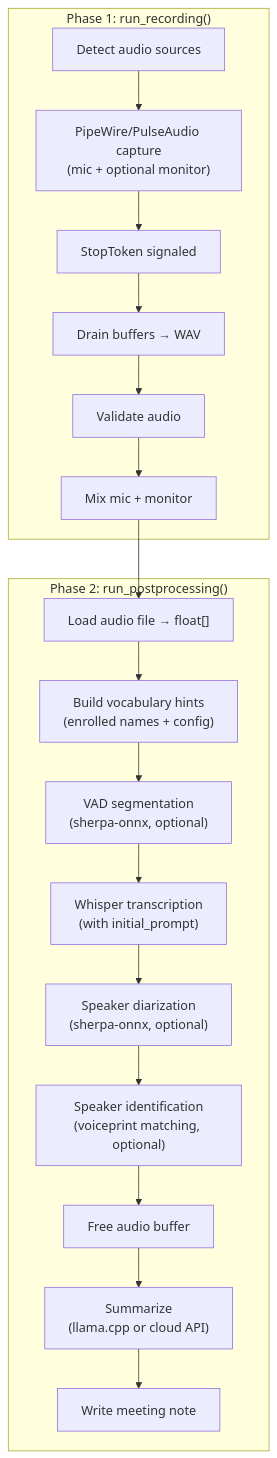
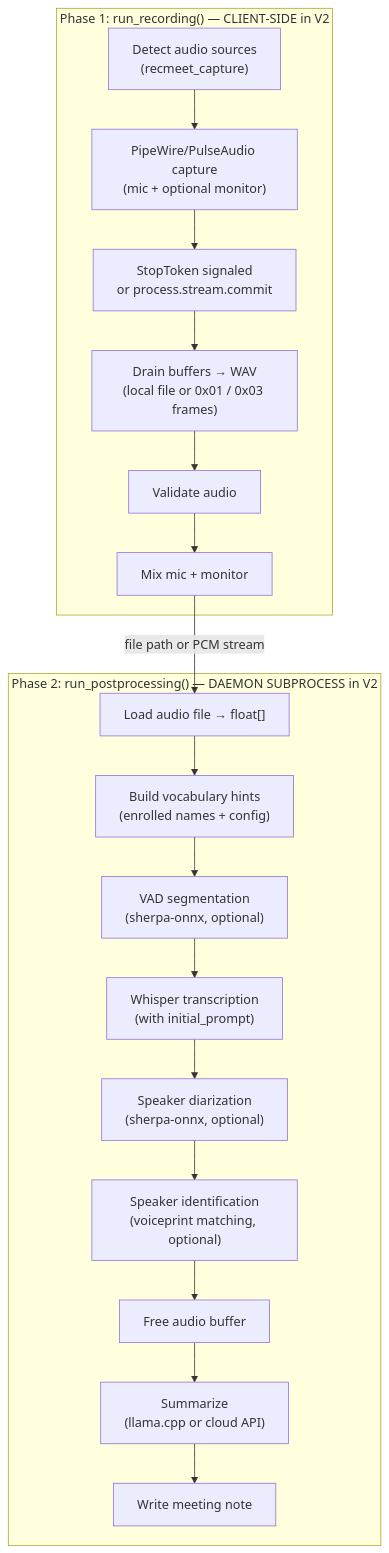
The second of 18 diagrams in docs/ARCHITECTURE.md (suykerbuyk/recmeet), drawn with Mermaid before and after one commit. The commit also changed other lines of this file and 19 other files, not shown here.

````diff
--- a/docs/ARCHITECTURE.md
+++ b/docs/ARCHITECTURE.md
@@ -224,27 +375,28 @@
 ```mermaid
 flowchart TD
-    subgraph "Phase 1: run_recording()"
-        DETECT["Detect audio sources"]
+    subgraph "Phase 1: run_recording() — CLIENT-SIDE in V2"
+        DETECT["Detect audio sources<br/>(recmeet_capture)"]
         CAPTURE["PipeWire/PulseAudio capture<br/>(mic + optional monitor)"]
-        STOP["StopToken signaled"]
-        DRAIN["Drain buffers → WAV"]
+        STOP["StopToken signaled<br/>or process.stream.commit"]
+        DRAIN["Drain buffers → WAV<br/>(local file or 0x01 / 0x03 frames)"]
         VALIDATE["Validate audio"]
         MIX["Mix mic + monitor"]
     end
 
-    subgraph "Phase 2: run_postprocessing()"
+    subgraph "Phase 2: run_postprocessing() — DAEMON SUBPROCESS in V2"
         LOAD_AUDIO["Load audio file → float[]"]
         VOCAB["Build vocabulary hints<br/>(enrolled names + config)"]
         VAD["VAD segmentation<br/>(sherpa-onnx, optional)"]
         TRANSCRIBE["Whisper transcription<br/>(with initial_prompt)"]
         DIARIZE["Speaker diarization<br/>(sherpa-onnx, optional)"]
         IDENTIFY["Speaker identification<br/>(voiceprint matching, optional)"]
         FREE_AUDIO["Free audio buffer"]
         SUMMARIZE["Summarize<br/>(llama.cpp or cloud API)"]
         NOTE["Write meeting note"]
     end
 
     DETECT --> CAPTURE --> STOP --> DRAIN --> VALIDATE --> MIX
-    MIX --> LOAD_AUDIO --> VOCAB --> VAD --> TRANSCRIBE --> DIARIZE
+    MIX -->|"file path or PCM stream"| LOAD_AUDIO
+    LOAD_AUDIO --> VOCAB --> VAD --> TRANSCRIBE --> DIARIZE
     DIARIZE --> IDENTIFY --> FREE_AUDIO --> SUMMARIZE --> NOTE
 ```
````
